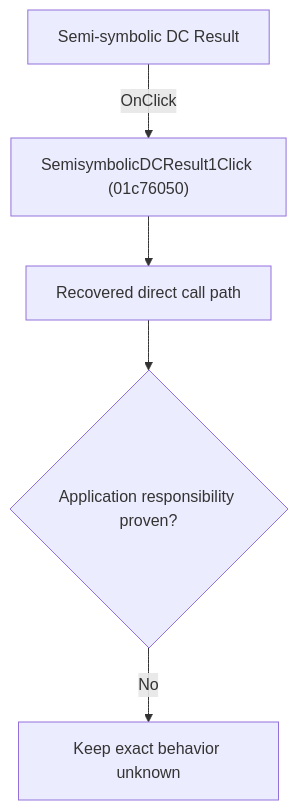
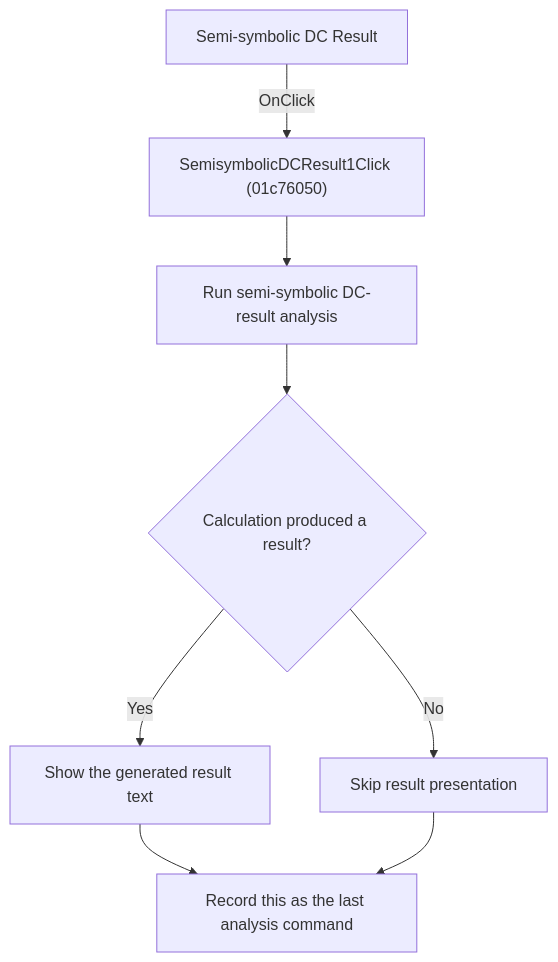
Before and after one commit to MovGP0/TIARA: the diagram in docs/ui-controls/schematiceditor/semisymbolicdcresult1-126a167170.md, drawn with Mermaid. The commit also changed other lines of this file and 241 other files, not shown here.

````diff
--- a/docs/ui-controls/schematiceditor/semisymbolicdcresult1-126a167170.md
+++ b/docs/ui-controls/schematiceditor/semisymbolicdcresult1-126a167170.md
@@ -27,7 +25,10 @@
 ```mermaid
 flowchart TD
     control["Semi-symbolic DC Result"] -->|"OnClick"| handler["SemisymbolicDCResult1Click (01c76050)"]
-    handler --> recovered["Recovered direct call path"]
-    recovered --> gap{"Application responsibility proven?"}
-    gap -->|"No"| blocked["Keep exact behavior unknown"]
+    handler --> calculate["Run semi-symbolic DC-result analysis"]
+    calculate --> result{"Calculation produced a result?"}
+    result -->|"Yes"| show["Show the generated result text"]
+    result -->|"No"| skip["Skip result presentation"]
+    show --> remember["Record this as the last analysis command"]
+    skip --> remember
 ```
````
